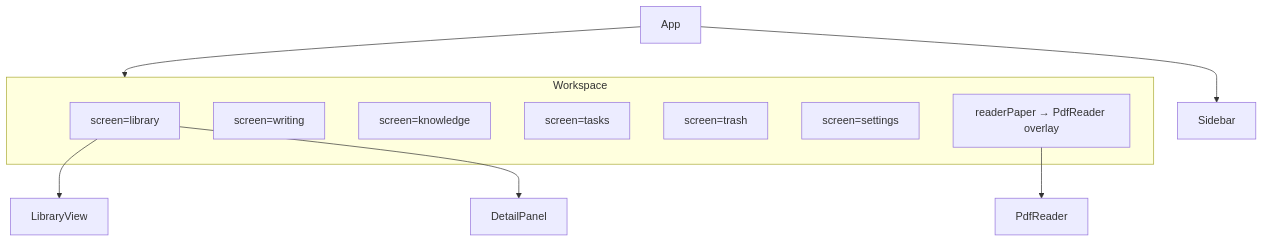
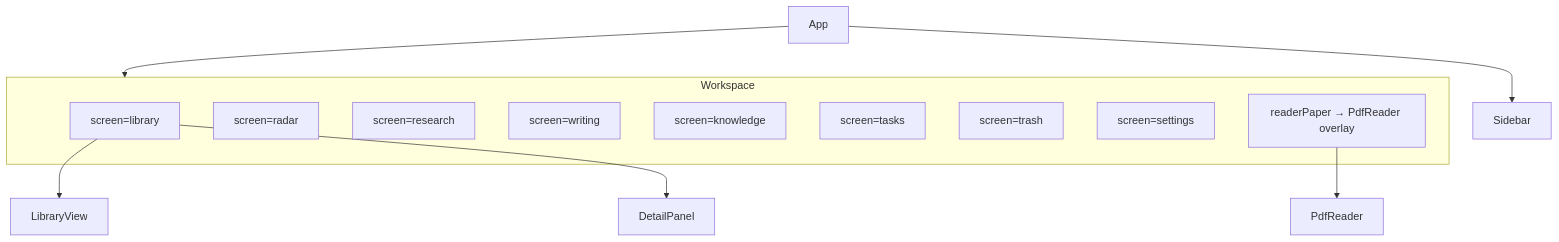
One commit to naipings/PaperNest changed the eighth of 8 diagrams in docs/DEVELOPMENT.md. Above: the diagram before and after it, drawn with Mermaid. The commit also changed other lines of this file and 26 other files, not shown here.

````diff
--- a/docs/DEVELOPMENT.md
+++ b/docs/DEVELOPMENT.md
@@ -367,19 +386,21 @@
 ```mermaid
 flowchart TB
   App --> Sidebar
   App --> Workspace
 
   subgraph Workspace
     Library["screen=library"]
+    Radar["screen=radar"]
+    Research["screen=research"]
     Writing["screen=writing"]
     Knowledge["screen=knowledge"]
     Tasks["screen=tasks"]
     Trash["screen=trash"]
     Settings["screen=settings"]
     ReaderOverlay["readerPaper → PdfReader overlay"]
   end
 
   Library --> LibraryView
   Library --> DetailPanel
   ReaderOverlay --> PdfReader
 ```
````
